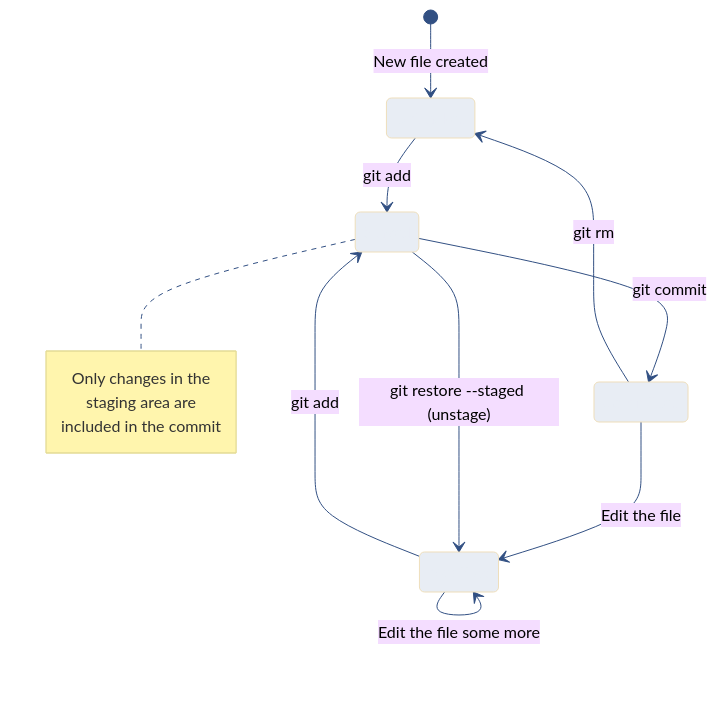
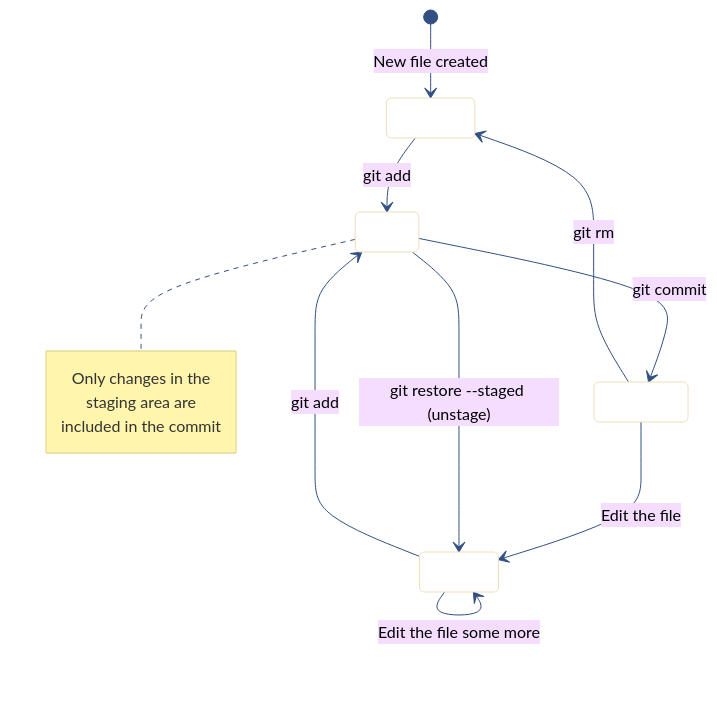
Before and after one commit to Ch3w3y/docker_gcp: the second of 6 diagrams in docs/git-fundamentals.md, drawn with Mermaid. The commit also changed 6 other files, not shown here.

````diff
--- a/docs/git-fundamentals.md
+++ b/docs/git-fundamentals.md
@@ -71,27 +71,27 @@
 ```mermaid
 %%{init: {'theme': 'base', 'themeVariables': {
-  'stateBkg': '#e8edf4',
+  'stateBkg': '#ffffff',
   'stateBorder': '#325083',
   'fontFamily': 'Inter, sans-serif',
   'primaryTextColor': '#000000',
   'lineColor': '#325083'
 }}}%%
 stateDiagram-v2
     [*] --> Untracked: New file created
 
     Untracked --> Staged: git add
     Modified --> Staged: git add
     Staged --> Committed: git commit
 
     Committed --> Modified: Edit the file
     Staged --> Modified: git restore --staged (unstage)
     Modified --> Modified: Edit the file some more
 
     Committed --> Untracked: git rm
 
     note right of Staged
         Only changes in the
         staging area are
         included in the commit
     end note
 ```
````
